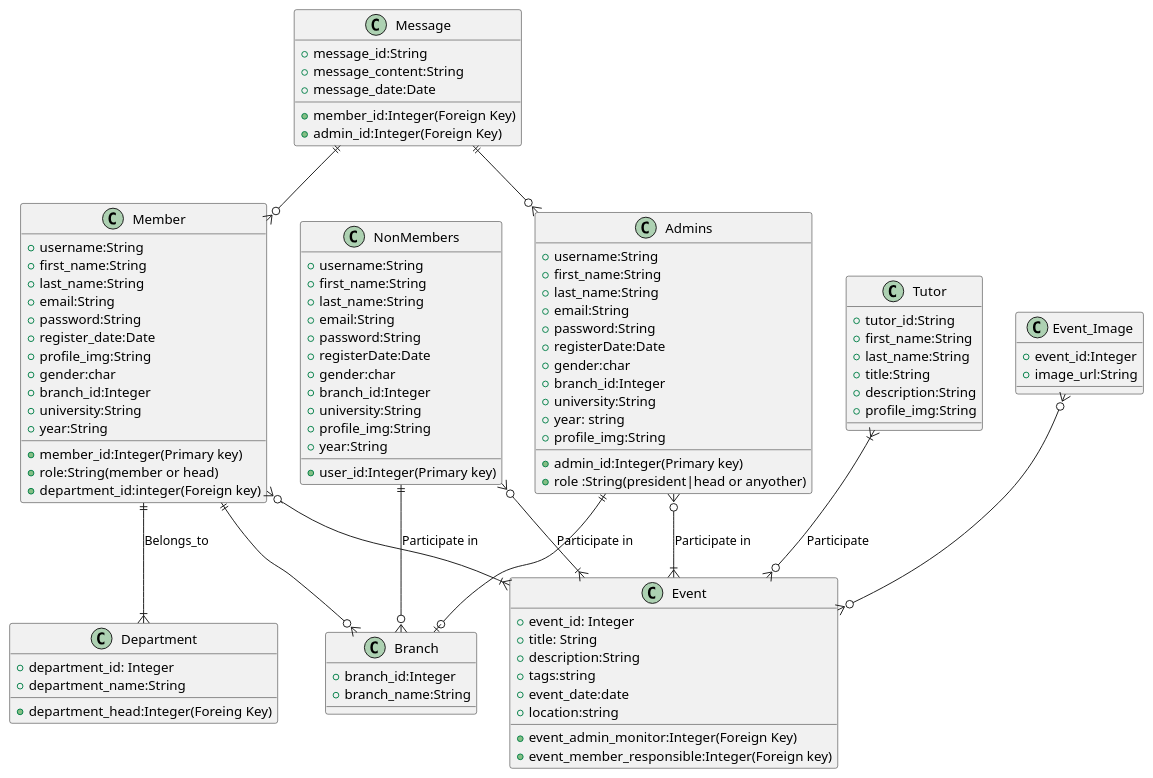
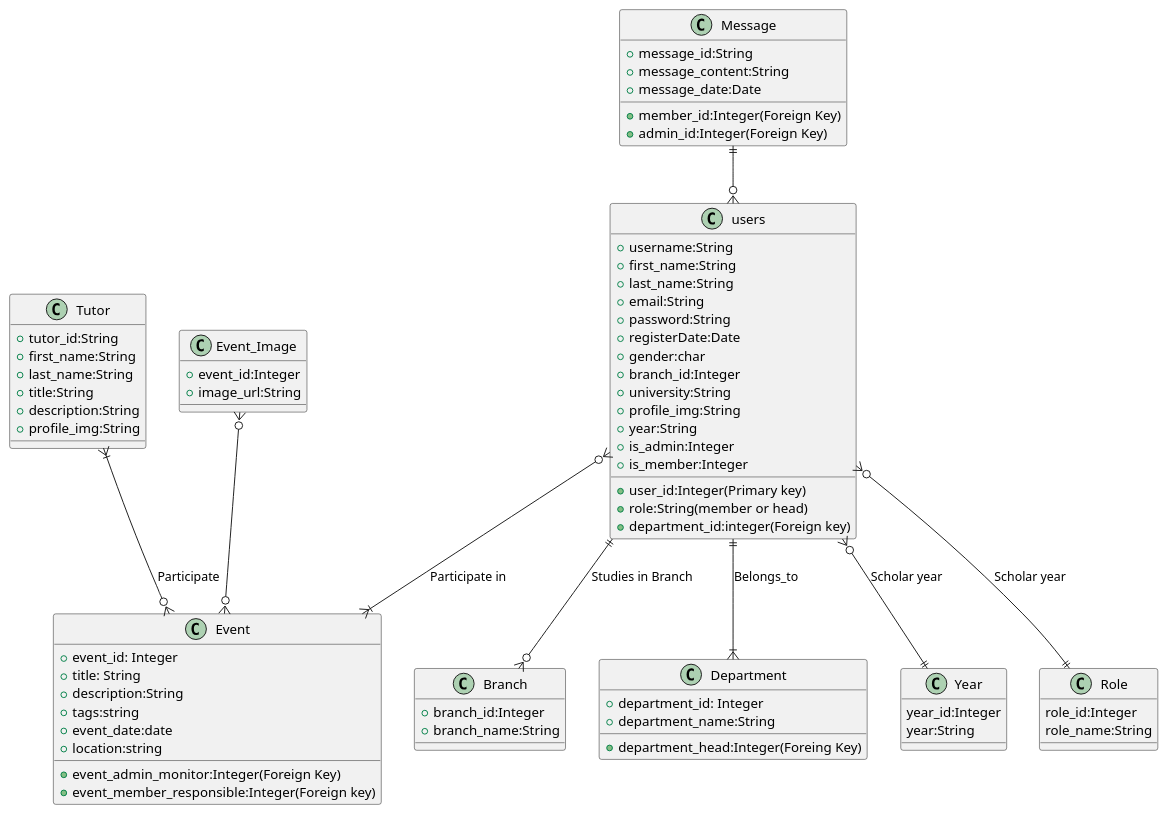
Before and after one commit to RaidOuahioune/SkillnTellServer: the diagram in database/schema.puml, drawn with PlantUML. The commit also changed 15 other files, not shown here.

```diff
--- a/database/schema.puml
+++ b/database/schema.puml
@@ -1,113 +1,94 @@
-class NonMembers{
+class users{
   + user_id:Integer(Primary key)
   + username:String
   + first_name:String
   + last_name:String
   + email:String
   + password:String
   + registerDate:Date
   + gender:char
   + branch_id:Integer
   + university:String
   + profile_img:String
   + year:String
-}
-class Member{
-  + member_id:Integer(Primary key)
-  + username:String
-  + first_name:String
-  + last_name:String
-  + email:String
-  + password:String
-  + register_date:Date
-  + profile_img:String
-  + gender:char
-  + branch_id:Integer
-  + university:String
-  + year:String
+  + is_admin:Integer
+  + is_member:Integer
   + role:String(member or head)
   + department_id:integer(Foreign key)
 }
+
+
 class Branch{
   + branch_id:Integer
   + branch_name:String
 }
 
 class Department{
   + department_id: Integer
   + department_name:String
   + department_head:Integer(Foreing Key)
 }
 
 class Event{
   + event_id: Integer
   + title: String
   + description:String
   + tags:string
   + event_date:date
   + location:string
   + event_admin_monitor:Integer(Foreign Key)
   + event_member_responsible:Integer(Foreign key)
 }
 
 class Message{
   + message_id:String
   + message_content:String
   + message_date:Date
   + member_id:Integer(Foreign Key)
   + admin_id:Integer(Foreign Key)
 
 }
 
 class Tutor{
   + tutor_id:String
   + first_name:String
   + last_name:String
   + title:String
   + description:String
   + profile_img:String
-
 }
 
-/'for office members'/
-class Admins{
-  + admin_id:Integer(Primary key)
-  + username:String
-  + first_name:String
-  + last_name:String
-  + email:String
-  + password:String
-  + registerDate:Date
-  + gender:char
-  + branch_id:Integer
-  + university:String
-  + year: string
-  + profile_img:String
-  + role :String(president|head or anyother)
+
+class Year{
+    year_id:Integer
+    year:String
+}
+
+class Role{
+    role_id:Integer
+    role_name:String
 }
 
 class Event_Image{
   + event_id:Integer
   + image_url:String
 }
 
 Tutor }|--o{ Event :Participate
 
-Member ||--|{Department :Belongs_to
+users ||--|{Department :Belongs_to
 
 
 
-Message ||--o{Member
-Message ||--o{Admins
+Message ||--o{users
 
 
-NonMembers ||--o{Branch
-Member ||--o{Branch
-Admins ||--o|Branch
+users ||--o{Branch:Studies in Branch
 
 
-NonMembers }o--|{Event :Participate in
-Member }o--|{Event :Participate in
-Admins }o--|{Event :Participate in
+users }o--|{Event :Participate in
 
 Event_Image}o--o{Event
+
+users }o--||Year:Scholar year
+users }o--||Role:Scholar year
```
